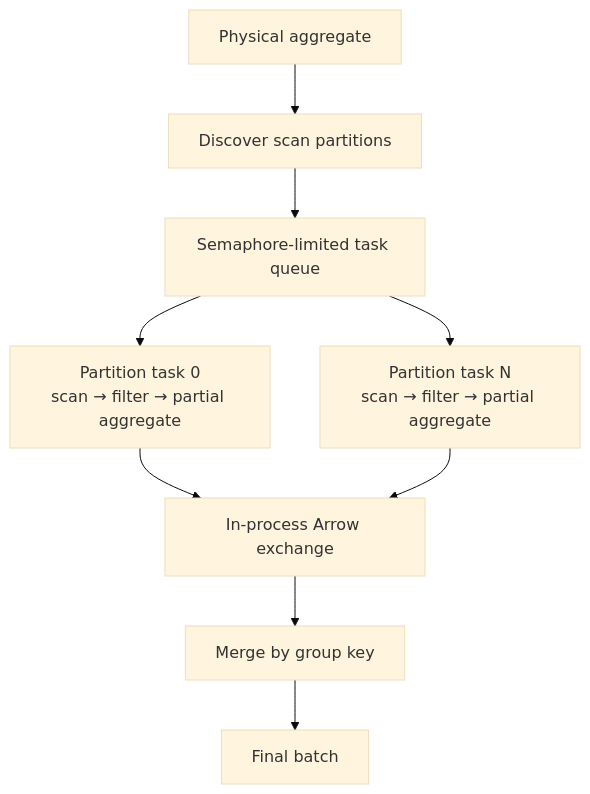
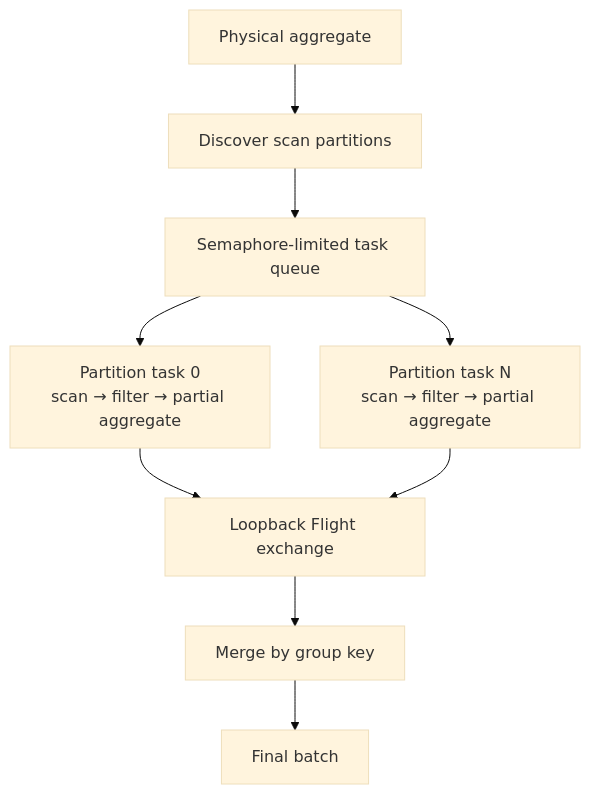
One commit to khantnhl/SparkX-Distributed-Query-Engine changed the fourth of 5 diagrams in docs/ARCHITECTURE.md. Above: the diagram before and after it, drawn with Mermaid (base theme). The commit also changed other lines of this file and 12 other files, not shown here.

Commit message:
feat: route shuffle through loopback flight

````diff
--- a/docs/ARCHITECTURE.md
+++ b/docs/ARCHITECTURE.md
@@ -162,11 +162,11 @@
 ```mermaid
 flowchart TB
     P["Physical aggregate"] --> F["Discover scan partitions"]
     F --> Q["Semaphore-limited task queue"]
     Q --> T0["Partition task 0\nscan → filter → partial aggregate"]
     Q --> TN["Partition task N\nscan → filter → partial aggregate"]
-    T0 --> E["In-process Arrow exchange"]
+    T0 --> E["Loopback Flight exchange"]
     TN --> E
     E --> M["Merge by group key"]
     M --> O["Final batch"]
 ```
````
